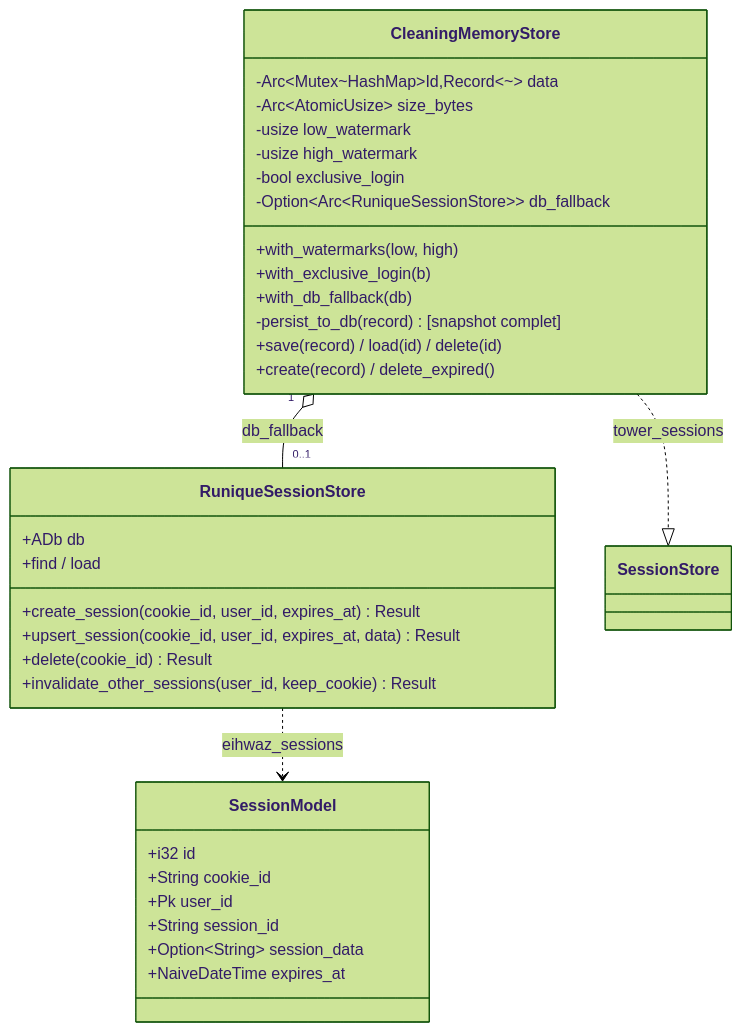
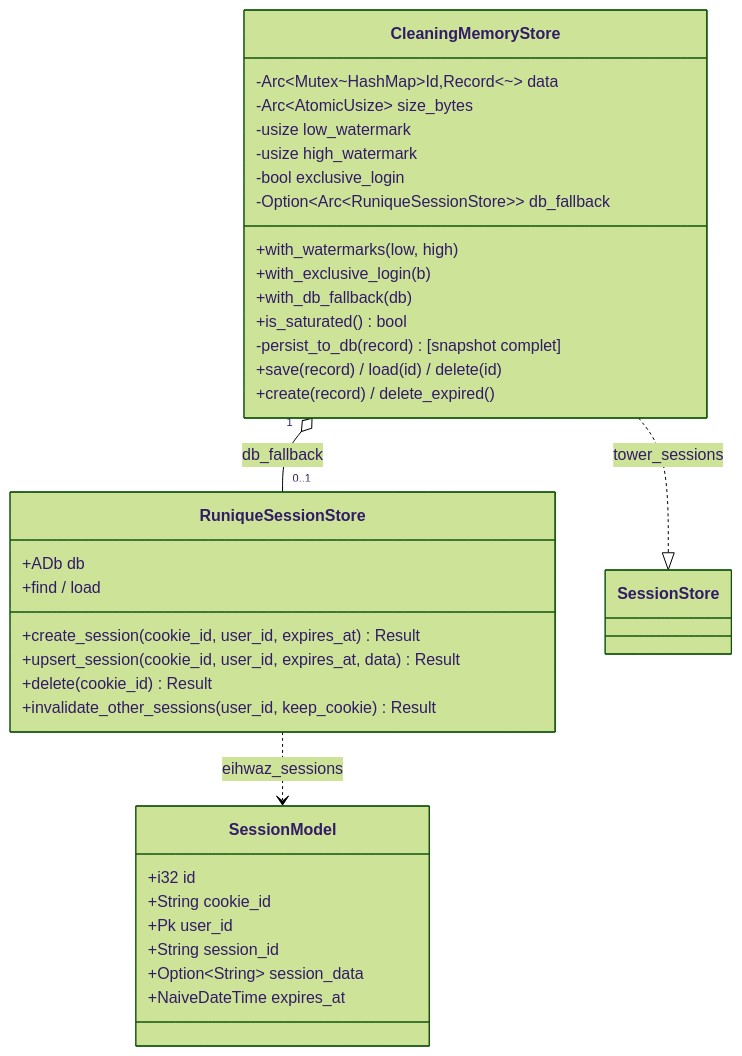
One commit to seb-alliot/runique changed the diagram in diagramme/uml/middleware/sessions.md. Above: the diagram before and after it, drawn with Mermaid (forest theme). The commit also changed other lines of this file and 29 other files, not shown here.

Commit message:
maj anomalie/uml/merise, reste encore des artefact a corriger

````diff
--- a/diagramme/uml/middleware/sessions.md
+++ b/diagramme/uml/middleware/sessions.md
@@ -6,36 +6,37 @@
 ```mermaid
 classDiagram
     class CleaningMemoryStore {
         -Arc~Mutex~HashMap~Id,Record~~~ data
         -Arc~AtomicUsize~ size_bytes
         -usize low_watermark
         -usize high_watermark
         -bool exclusive_login
         -Option~Arc~RuniqueSessionStore~~ db_fallback
         +with_watermarks(low, high)
         +with_exclusive_login(b)
         +with_db_fallback(db)
+        +is_saturated() bool
         -persist_to_db(record) [snapshot complet]
         +save(record) / load(id) / delete(id)
         +create(record) / delete_expired()
     }
     class RuniqueSessionStore {
         +ADb db
         +create_session(cookie_id, user_id, expires_at) Result
         +upsert_session(cookie_id, user_id, expires_at, data) Result
         +delete(cookie_id) Result
         +invalidate_other_sessions(user_id, keep_cookie) Result
         +find / load
     }
     class SessionModel {
         +i32 id
         +String cookie_id
         +Pk user_id
         +String session_id
         +Option~String~ session_data
         +NaiveDateTime expires_at
     }
     CleaningMemoryStore "1" o-- "0..1" RuniqueSessionStore : db_fallback
     RuniqueSessionStore ..> SessionModel : eihwaz_sessions
     CleaningMemoryStore ..|> SessionStore : tower_sessions
 ```
````
